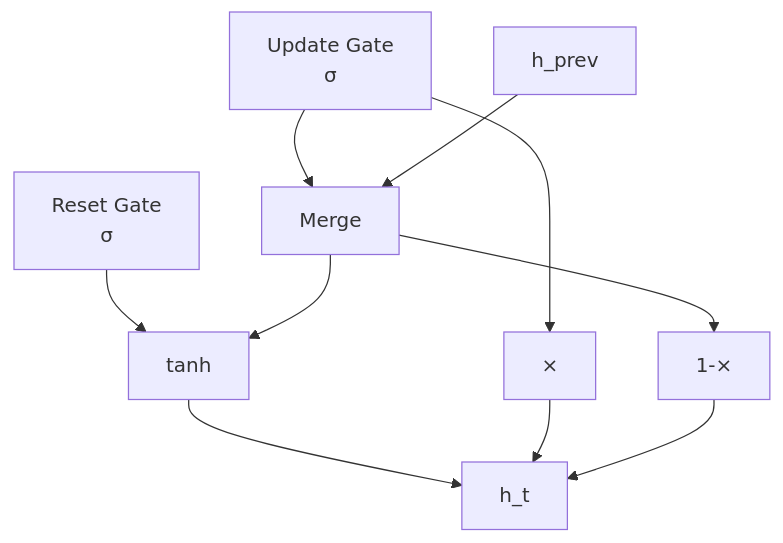
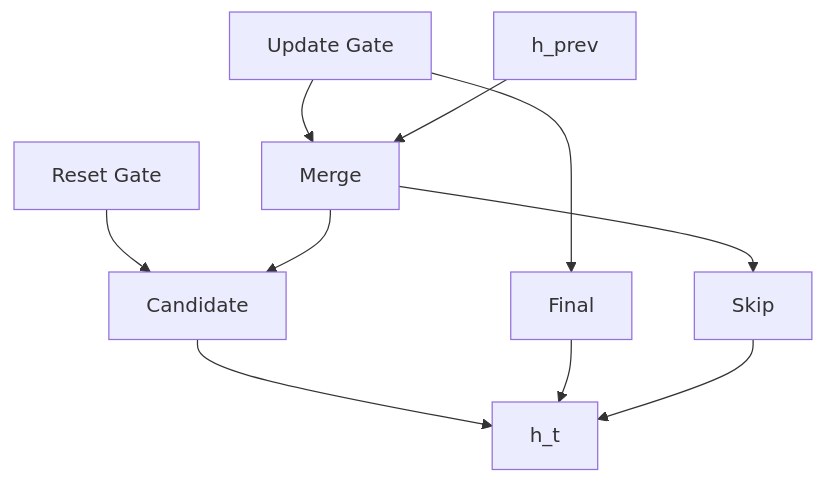
One commit to NalinDalal/lstm-word2Vec changed diagram 11 of 12 in lstm.md. Above: the diagram before and after it, drawn with Mermaid. The commit also changed other lines of this file and 11 other files, not shown here.

````diff
--- a/lstm.md
+++ b/lstm.md
@@ -300,10 +300,10 @@
 ```mermaid
 flowchart TB
-    z[Update Gate<br/>σ] --> Merge
-    r[Reset Gate<br/>σ] --> Candidate[tanh]
+    z["Update Gate"] --> Merge
+    r["Reset Gate"] --> Candidate
     h_prev --> Merge
     Merge --> Candidate
-    z --> Final[×]
-    Merge --> Skip[1-×]
-    Candidate & Final & Skip --> h_t[h_t]
+    z --> Final
+    Merge --> Skip
+    Candidate & Final & Skip --> h_t
 ```
````
